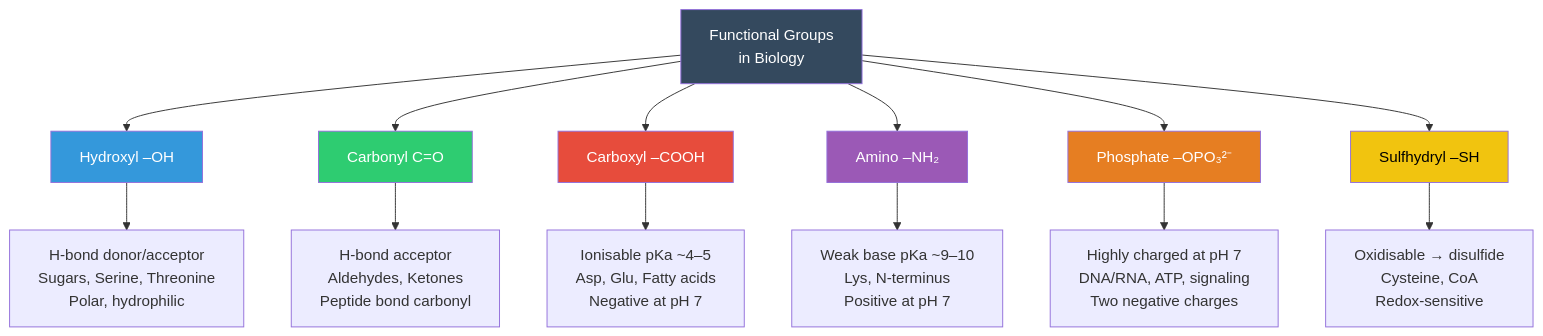
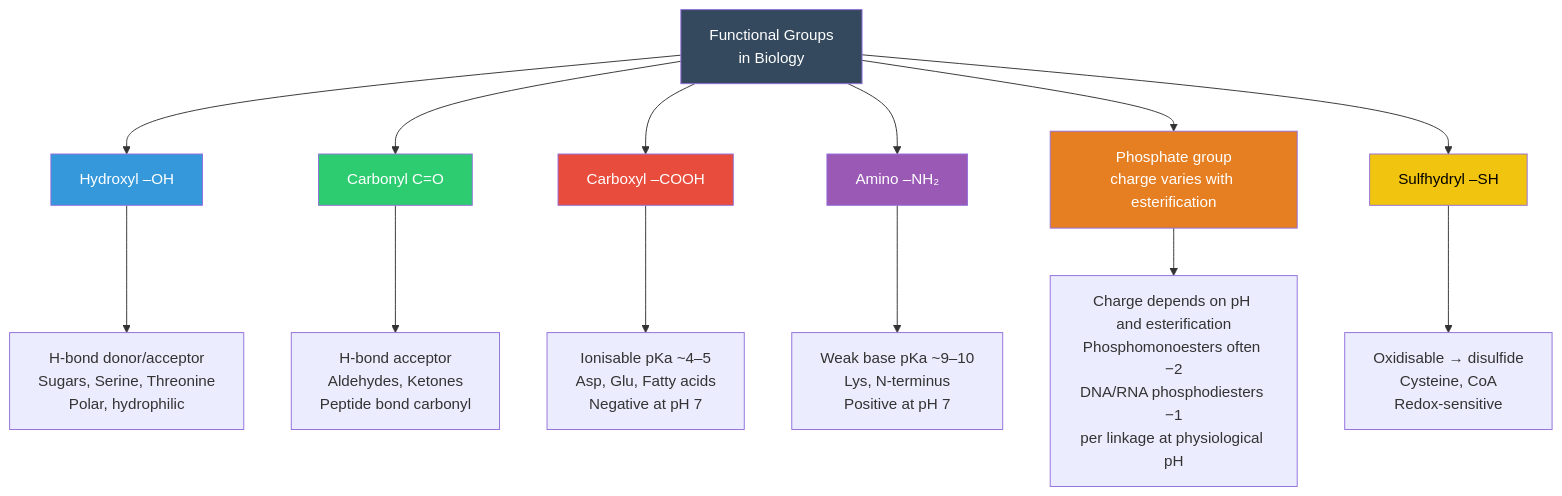
One commit to docxology/biology_textbook changed the second of 3 diagrams in docs/manuscript/unit_I/atoms_molecules.md. Above: the diagram before and after it, drawn with Mermaid. The commit also changed other lines of this file and 444 other files, not shown here.

````diff
--- a/docs/manuscript/unit_I/atoms_molecules.md
+++ b/docs/manuscript/unit_I/atoms_molecules.md
@@ -316,24 +313,24 @@
 ```mermaid
 graph TD
     FG["Functional Groups<br/>in Biology"] --> OH["Hydroxyl –OH"]
     FG --> CO["Carbonyl C=O"]
     FG --> COOH["Carboxyl –COOH"]
     FG --> NH2["Amino –NH₂"]
-    FG --> PO4["Phosphate –OPO₃²⁻"]
+    FG --> PO4["Phosphate group<br/>charge varies with esterification"]
     FG --> SH["Sulfhydryl –SH"]
 
     OH --> OH1["H-bond donor/acceptor<br/>Sugars, Serine, Threonine<br/>Polar, hydrophilic"]
     CO --> CO1["H-bond acceptor<br/>Aldehydes, Ketones<br/>Peptide bond carbonyl"]
     COOH --> COOH1["Ionisable pKa ~4–5<br/>Asp, Glu, Fatty acids<br/>Negative at pH 7"]
     NH2 --> NH21["Weak base pKa ~9–10<br/>Lys, N-terminus<br/>Positive at pH 7"]
-    PO4 --> PO41["Highly charged at pH 7<br/>DNA/RNA, ATP, signaling<br/>Two negative charges"]
+    PO4 --> PO41["Charge depends on pH and esterification<br/>Phosphomonoesters often −2<br/>DNA/RNA phosphodiesters −1<br/>per linkage at physiological pH"]
     SH --> SH1["Oxidisable → disulfide<br/>Cysteine, CoA<br/>Redox-sensitive"]
 
     style FG fill:#34495e,color:#fff
     style OH fill:#3498db,color:#fff
     style CO fill:#2ecc71,color:#fff
     style COOH fill:#e74c3c,color:#fff
     style NH2 fill:#9b59b6,color:#fff
     style PO4 fill:#e67e22,color:#fff
     style SH fill:#f1c40f,color:#000
 ```
````
